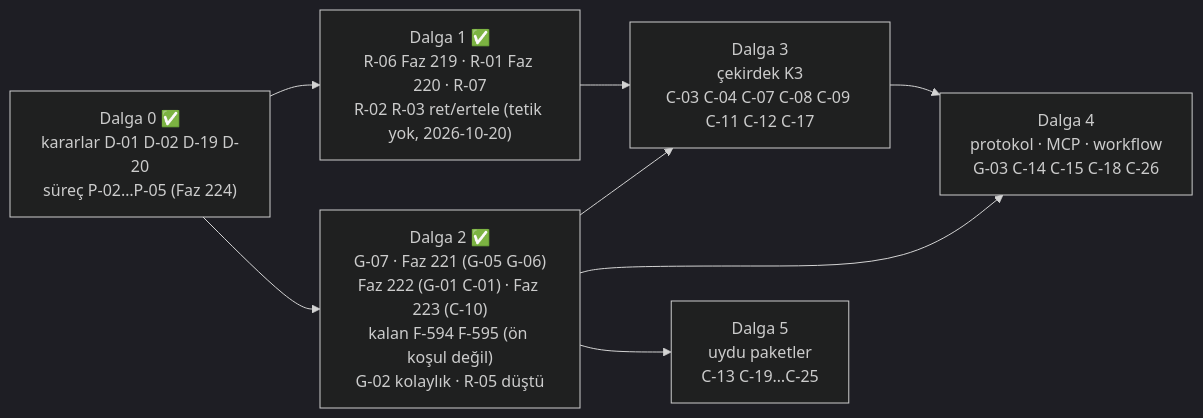
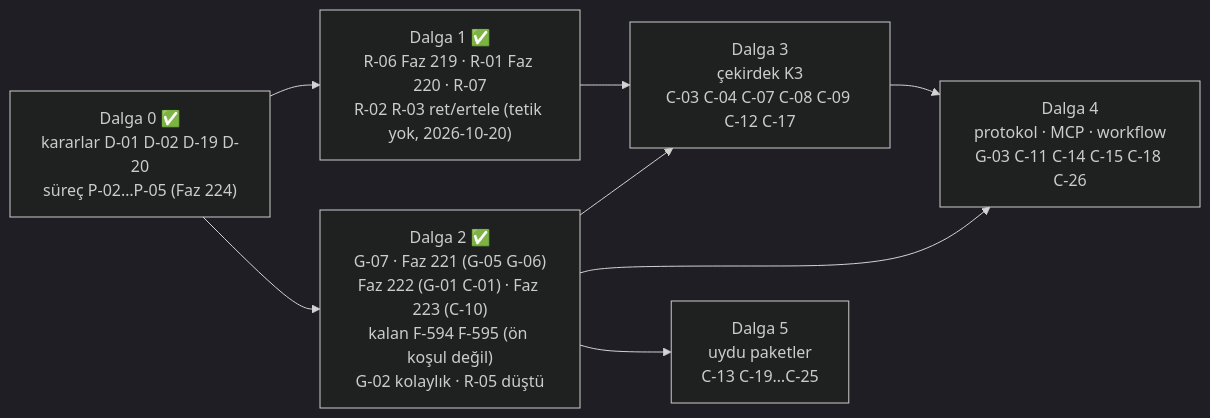
Before and after one commit to farukatasoy/Tracon: the diagram in docs/MAF-KAPSAMA.md, drawn with Mermaid (dark theme). The commit also changed other lines of this file and 35 other files, not shown here.

````diff
--- a/docs/MAF-KAPSAMA.md
+++ b/docs/MAF-KAPSAMA.md
@@ -604,16 +632,16 @@
 ```mermaid
 flowchart LR
     D0["Dalga 0 ✅<br/>kararlar D-01 D-02 D-19 D-20<br/>süreç P-02…P-05 (Faz 224)"]
     D1["Dalga 1 ✅<br/>R-06 Faz 219 · R-01 Faz 220 · R-07<br/>R-02 R-03 ret/ertele (tetik yok, 2026-10-20)"]
     D2["Dalga 2 ✅<br/>G-07 · Faz 221 (G-05 G-06)<br/>Faz 222 (G-01 C-01) · Faz 223 (C-10)<br/>kalan F-594 F-595 (ön koşul değil)<br/>G-02 kolaylık · R-05 düştü"]
-    D3["Dalga 3<br/>çekirdek K3<br/>C-03 C-04 C-07 C-08 C-09 C-11 C-12 C-17"]
-    D4["Dalga 4<br/>protokol · MCP · workflow<br/>G-03 C-14 C-15 C-18 C-26"]
+    D3["Dalga 3<br/>çekirdek K3<br/>C-03 C-04 C-07 C-08 C-09 C-12 C-17"]
+    D4["Dalga 4<br/>protokol · MCP · workflow<br/>G-03 C-11 C-14 C-15 C-18 C-26"]
     D5["Dalga 5<br/>uydu paketler<br/>C-13 C-19…C-25"]
     D0 --> D1
     D0 --> D2
     D1 --> D3
     D2 --> D3
     D2 --> D4
     D3 --> D4
     D2 --> D5
 ```
````
